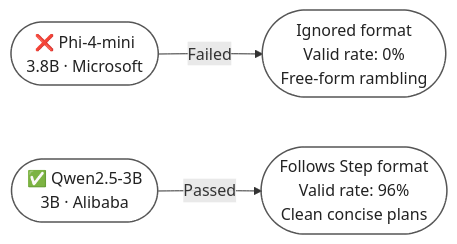
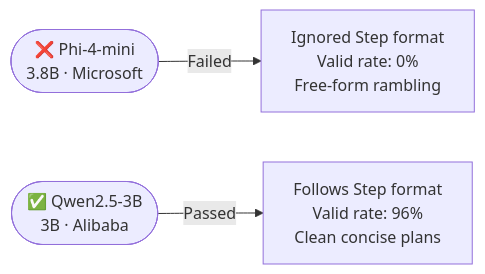
One commit to sadi2003q/Small-Language-Model changed the second of 5 diagrams in week02_Adnan/Guide.md. Above: the diagram before and after it, drawn with Mermaid. The commit also changed other lines of this file, not shown here.

````diff
--- a/week02_Adnan/Guide.md
+++ b/week02_Adnan/Guide.md
@@ -67,12 +47,7 @@
 ```mermaid
 flowchart LR
-    A([❌ Phi-4-mini\n3.8B · Microsoft]):::clean
-    B([Ignored format\nValid rate: 0%\nFree-form rambling]):::clean
-    C([✅ Qwen2.5-3B\n3B · Alibaba]):::clean
-    D([Follows Step format\nValid rate: 96%\nClean concise plans]):::clean
-
-    A -->|Failed| B
-    C -->|Passed| D
-
-    classDef clean fill:none,stroke:#555,stroke-width:1.5px,color:#222
+    A(["❌ Phi-4-mini\n3.8B · Microsoft"]) -->|Failed| B
+    B["Ignored Step format\nValid rate: 0%\nFree-form rambling"]
+    C(["✅ Qwen2.5-3B\n3B · Alibaba"]) -->|Passed| D
+    D["Follows Step format\nValid rate: 96%\nClean concise plans"]
 ```
````
